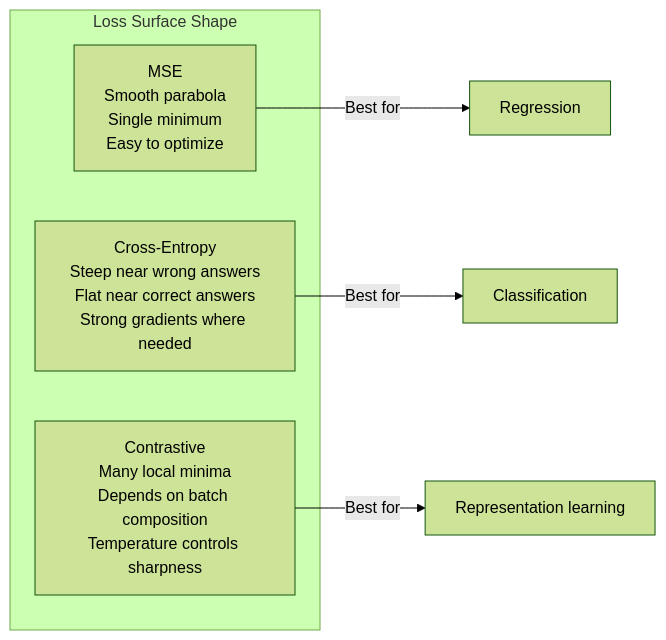
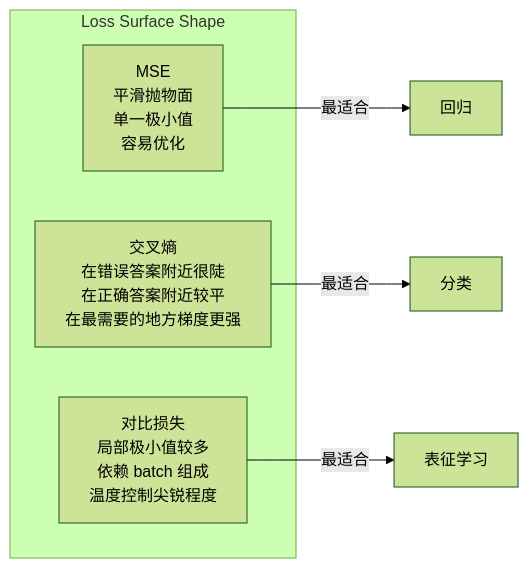
One commit to omigaZen/ai-engineering-from-scratch changed the third of 3 diagrams in phases/03-deep-learning-core/05-loss-functions/docs/zh.md. Above: the diagram before and after it, drawn with Mermaid (forest theme). The commit also changed other lines of this file, not shown here.

````diff
--- a/phases/03-deep-learning-core/05-loss-functions/docs/zh.md
+++ b/phases/03-deep-learning-core/05-loss-functions/docs/zh.md
@@ -178,11 +178,11 @@
 ```mermaid
 graph LR
     subgraph "Loss Surface Shape"
-        MSE_S["MSE<br/>Smooth parabola<br/>Single minimum<br/>Easy to optimize"]
-        CE_S["Cross-Entropy<br/>Steep near wrong answers<br/>Flat near correct answers<br/>Strong gradients where needed"]
-        CL_S["Contrastive<br/>Many local minima<br/>Depends on batch composition<br/>Temperature controls sharpness"]
+        MSE_S["MSE<br/>平滑抛物面<br/>单一极小值<br/>容易优化"]
+        CE_S["交叉熵<br/>在错误答案附近很陡<br/>在正确答案附近较平<br/>在最需要的地方梯度更强"]
+        CL_S["对比损失<br/>局部极小值较多<br/>依赖 batch 组成<br/>温度控制尖锐程度"]
     end
-    MSE_S -->|"Best for"| Reg2["Regression"]
-    CE_S -->|"Best for"| Cls2["Classification"]
-    CL_S -->|"Best for"| Emb2["Representation learning"]
+    MSE_S -->|"最适合"| Reg2["回归"]
+    CE_S -->|"最适合"| Cls2["分类"]
+    CL_S -->|"最适合"| Emb2["表征学习"]
 ```
````
